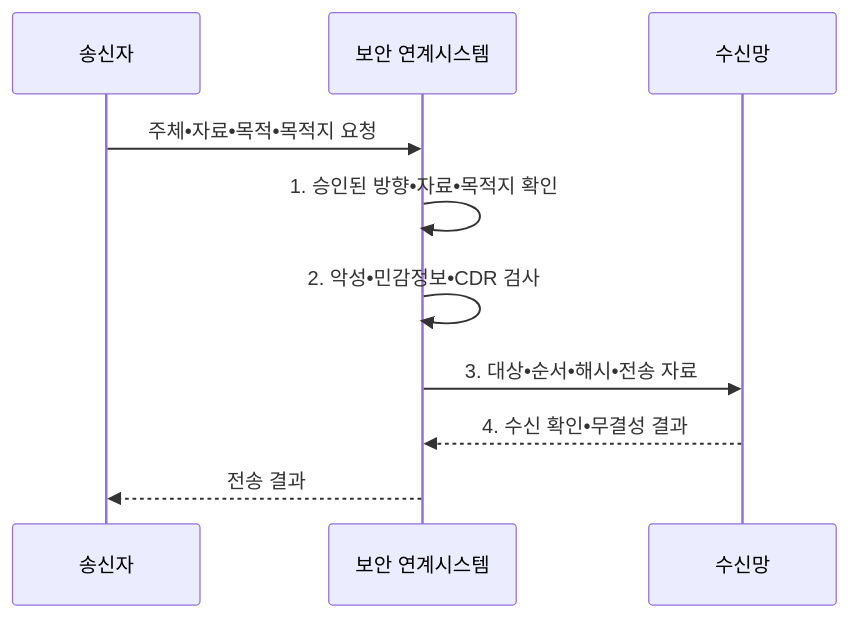
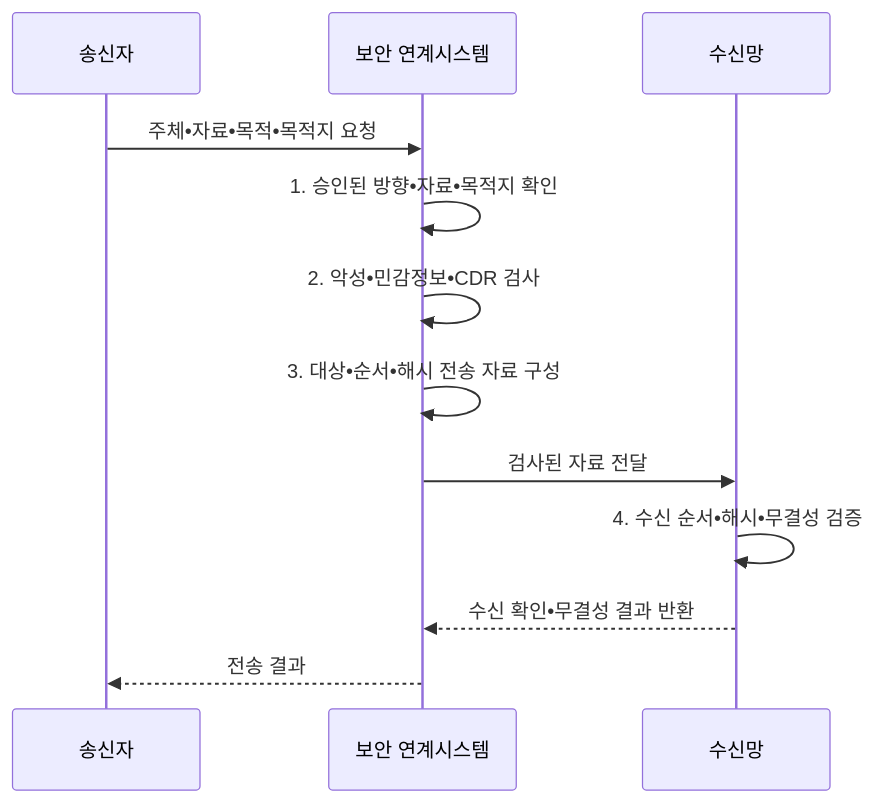
The second of 2 diagrams in src/content/docs/notes/05-security/140_network_separation_bridging.md (agnusdei1207/knowledge-base), drawn with Mermaid before and after one commit. The commit also changed other lines of this file and 19 other files, not shown here.

````diff
--- a/src/content/docs/notes/05-security/140_network_separation_bridging.md
+++ b/src/content/docs/notes/05-security/140_network_separation_bridging.md
@@ -99,12 +99,14 @@
 ```mermaid
 sequenceDiagram
   participant S as 송신자
   participant G as 보안 연계시스템
   participant D as 수신망
   S->>G: 주체•자료•목적•목적지 요청
   G->>G: 1. 승인된 방향•자료•목적지 확인
   G->>G: 2. 악성•민감정보•CDR 검사
-  G->>D: 3. 대상•순서•해시•전송 자료
-  D-->>G: 4. 수신 확인•무결성 결과
+  G->>G: 3. 대상•순서•해시 전송 자료 구성
+  G->>D: 검사된 자료 전달
+  D->>D: 4. 수신 순서•해시•무결성 검증
+  D-->>G: 수신 확인•무결성 결과 반환
   G-->>S: 전송 결과
 ```
````
